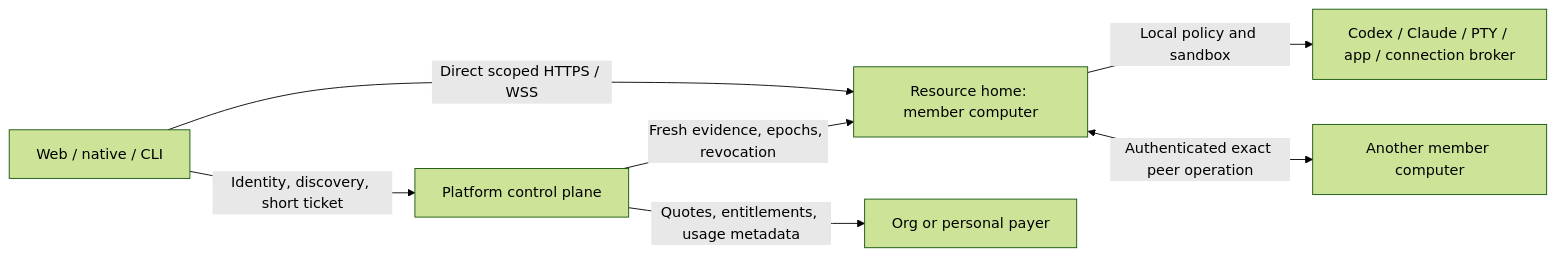
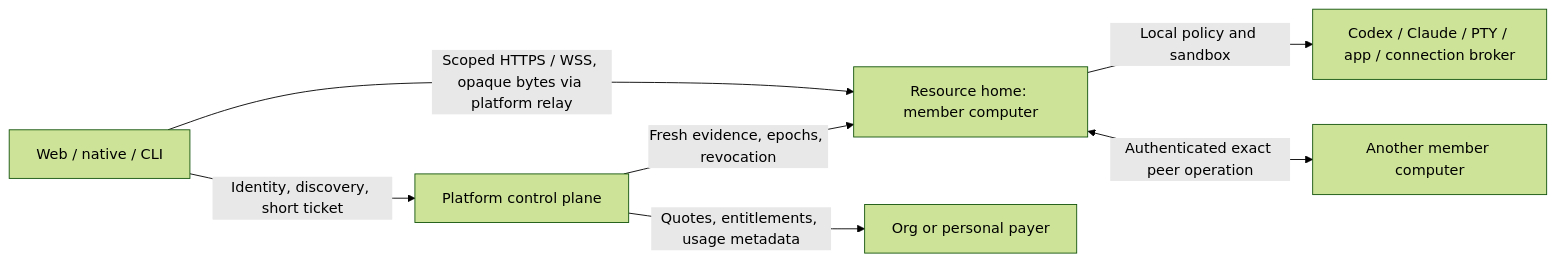
Before and after one commit to HamedMP/matrix-os: the diagram in specs/124-organization-collaboration/plan.md, drawn with Mermaid (forest theme). The commit also changed other lines of this file and 7 other files, not shown here.

First line of the commit message:
docs(collaboration): keep the platform as a transparent relay

````diff
--- a/specs/124-organization-collaboration/plan.md
+++ b/specs/124-organization-collaboration/plan.md
@@ -27,9 +27,9 @@
 ```mermaid
 flowchart LR
   C[Web / native / CLI] -->|Identity, discovery, short ticket| P[Platform control plane]
   P -->|Fresh evidence, epochs, revocation| H[Resource home: member computer]
-  C -->|Direct scoped HTTPS / WSS| H
+  C -->|Scoped HTTPS / WSS, opaque bytes via platform relay| H
   H -->|Local policy and sandbox| A[Codex / Claude / PTY / app / connection broker]
   H <-->|Authenticated exact peer operation| T[Another member computer]
   P -->|Quotes, entitlements, usage metadata| B[Org or personal payer]
 ```
````
